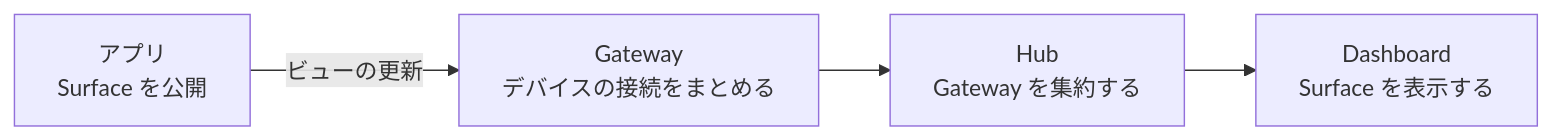
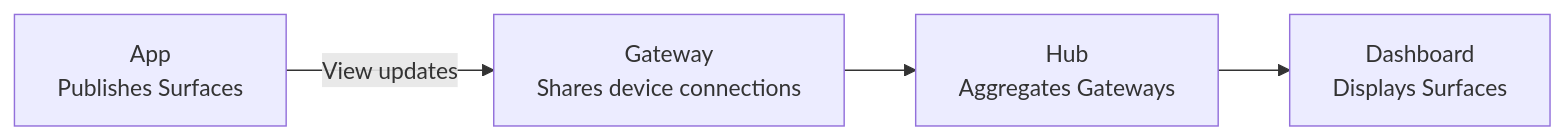
One commit to omochi-ui/omochi changed the diagram in docs/design-system.md. Above: the diagram before and after it, drawn with Mermaid. The commit also changed other lines of this file and 20 other files, not shown here.

````diff
--- a/docs/design-system.md
+++ b/docs/design-system.md
@@ -251,10 +341,10 @@
 ```mermaid
 flowchart LR
-  App["アプリ<br/>Surface を公開"]
-  Gateway["Gateway<br/>デバイスの接続をまとめる"]
-  Hub["Hub<br/>Gateway を集約する"]
-  Dashboard["Dashboard<br/>Surface を表示する"]
-  App -->|"ビューの更新"| Gateway
+  App["App<br/>Publishes Surfaces"]
+  Gateway["Gateway<br/>Shares device connections"]
+  Hub["Hub<br/>Aggregates Gateways"]
+  Dashboard["Dashboard<br/>Displays Surfaces"]
+  App -->|"View updates"| Gateway
   Gateway --> Hub
   Hub --> Dashboard
 ```
````
